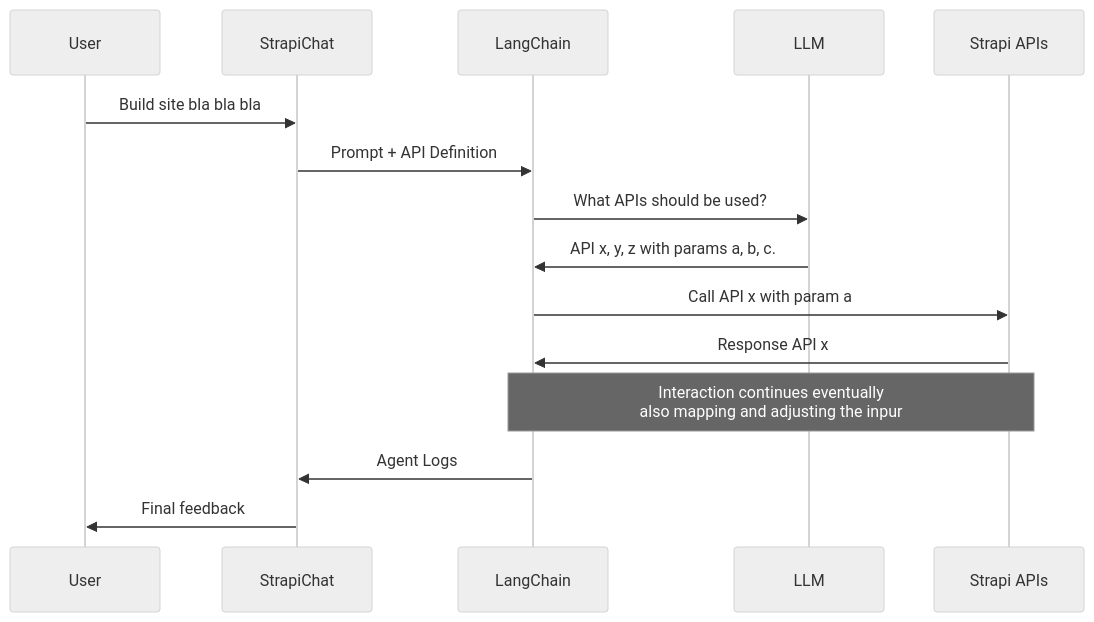
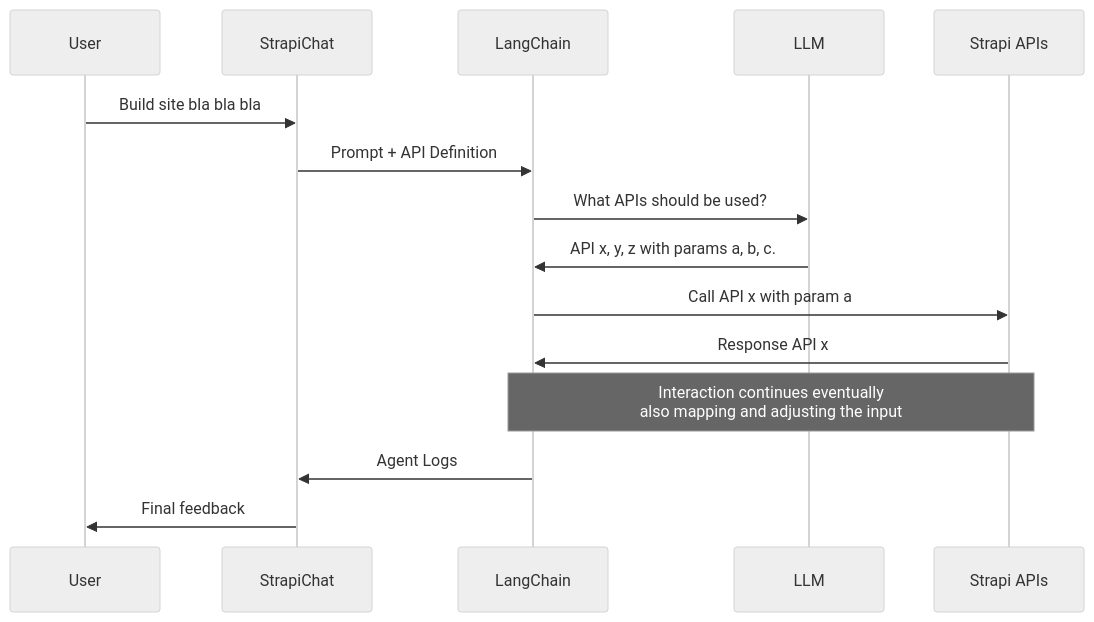
The second of 3 diagrams in README.md (alallaqi/poc-strapi-chat), drawn with Mermaid (neutral theme) before and after one commit. The commit also changed other lines of this file and 1 other file, not shown here.

````diff
--- a/README.md
+++ b/README.md
@@ -23,12 +32,12 @@
 ```mermaid
 sequenceDiagram
     User->>StrapiChat: Build site bla bla bla
     StrapiChat->>LangChain: Prompt + API Definition
     LangChain->>LLM: What APIs should be used?
     LLM->>LangChain: API x, y, z with params a, b, c.
     LangChain->>Strapi APIs: Call API x with param a
     Strapi APIs->>LangChain: Response API x
-    Note over LangChain,Strapi APIs: Interaction continues eventually <br /> also mapping and adjusting the inpur
+    Note over LangChain,Strapi APIs: Interaction continues eventually <br /> also mapping and adjusting the input
     LangChain->>StrapiChat: Agent Logs
     StrapiChat->>User: Final feedback
 ```
````
